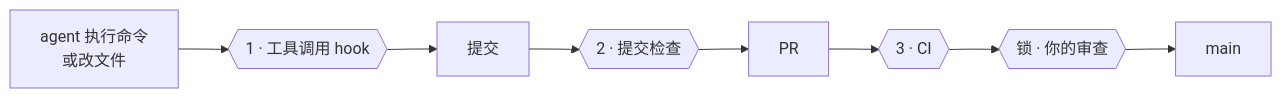
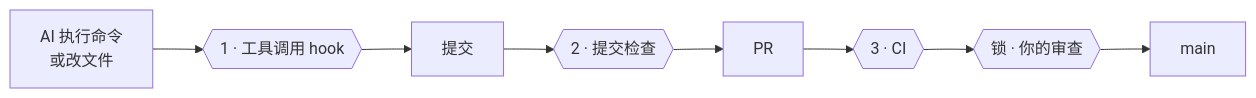
One commit to coo1white/yokoten changed the diagram in docs/zh-CN/guide.md. Above: the diagram before and after it, drawn with Mermaid. The commit also changed other lines of this file and 3 other files, not shown here.

````diff
--- a/docs/zh-CN/guide.md
+++ b/docs/zh-CN/guide.md
@@ -44,7 +45,7 @@
 ```mermaid
 flowchart LR
-  A["agent 执行命令<br/>或改文件"] --> H{{"1 · 工具调用 hook"}}
+  A["AI 执行命令<br/>或改文件"] --> H{{"1 · 工具调用 hook"}}
   H --> C["提交"] --> K{{"2 · 提交检查"}}
   K --> P["PR"] --> I{{"3 · CI"}}
   I --> R{{"锁 · 你的审查"}} --> M["main"]
 ```
````
